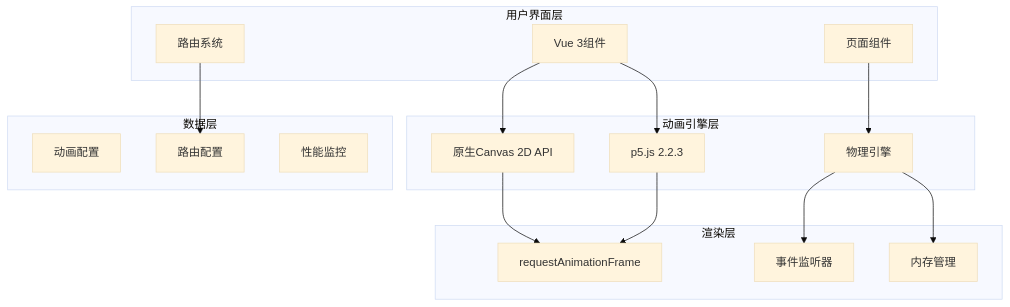
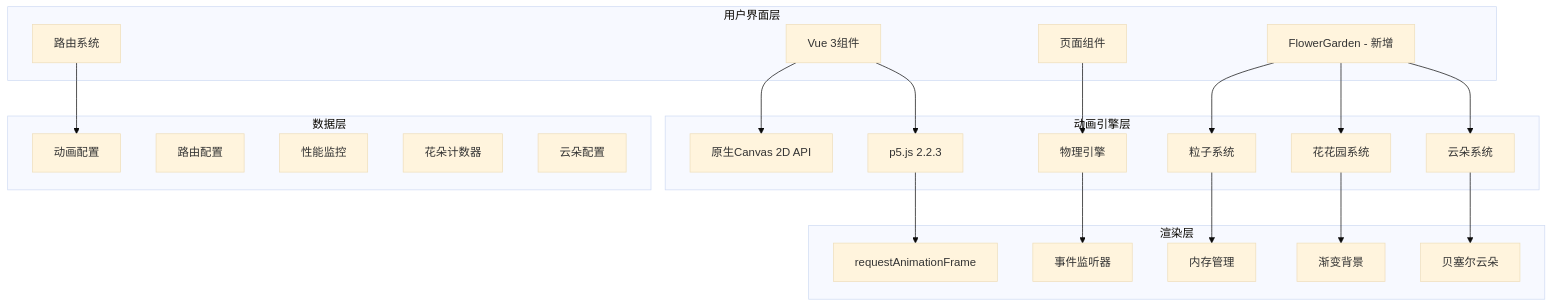
Before and after one commit to yuyezhizhi/yuyezhizhi.github.io: the second of 13 diagrams in .qoder/repowiki/zh/content/技术架构/Canvas动画系统/Canvas动画系统.md, drawn with Mermaid (base theme). The commit also changed other lines of this file and 9 other files, not shown here.

````diff
--- a/.qoder/repowiki/zh/content/技术架构/Canvas动画系统/Canvas动画系统.md
+++ b/.qoder/repowiki/zh/content/技术架构/Canvas动画系统/Canvas动画系统.md
@@ -95,31 +101,43 @@
 ```mermaid
 graph TB
 subgraph "用户界面层"
 A[Vue 3组件]
 B[路由系统]
 C[页面组件]
+D[FlowerGarden - 新增]
 end
 subgraph "动画引擎层"
-D[原生Canvas 2D API]
-E[p5.js 2.2.3]
-F[物理引擎]
+E[原生Canvas 2D API]
+F[p5.js 2.2.3]
+G[物理引擎]
+H[花花园系统]
+I[云朵系统]
+J[粒子系统]
 end
 subgraph "数据层"
-G[动画配置]
-H[路由配置]
-I[性能监控]
+K[动画配置]
+L[路由配置]
+M[性能监控]
+N[花朵计数器]
+O[云朵配置]
 end
 subgraph "渲染层"
-J[requestAnimationFrame]
-K[事件监听器]
-L[内存管理]
+P[requestAnimationFrame]
+Q[事件监听器]
+R[内存管理]
+S[渐变背景]
+T[贝塞尔云朵]
 end
-A --> D
 A --> E
-B --> H
-C --> F
+A --> F
+B --> K
+C --> G
+D --> H
+D --> I
 D --> J
-E --> J
-F --> K
-F --> L
+F --> P
+G --> Q
+H --> S
+I --> T
+J --> R
 ```
````
